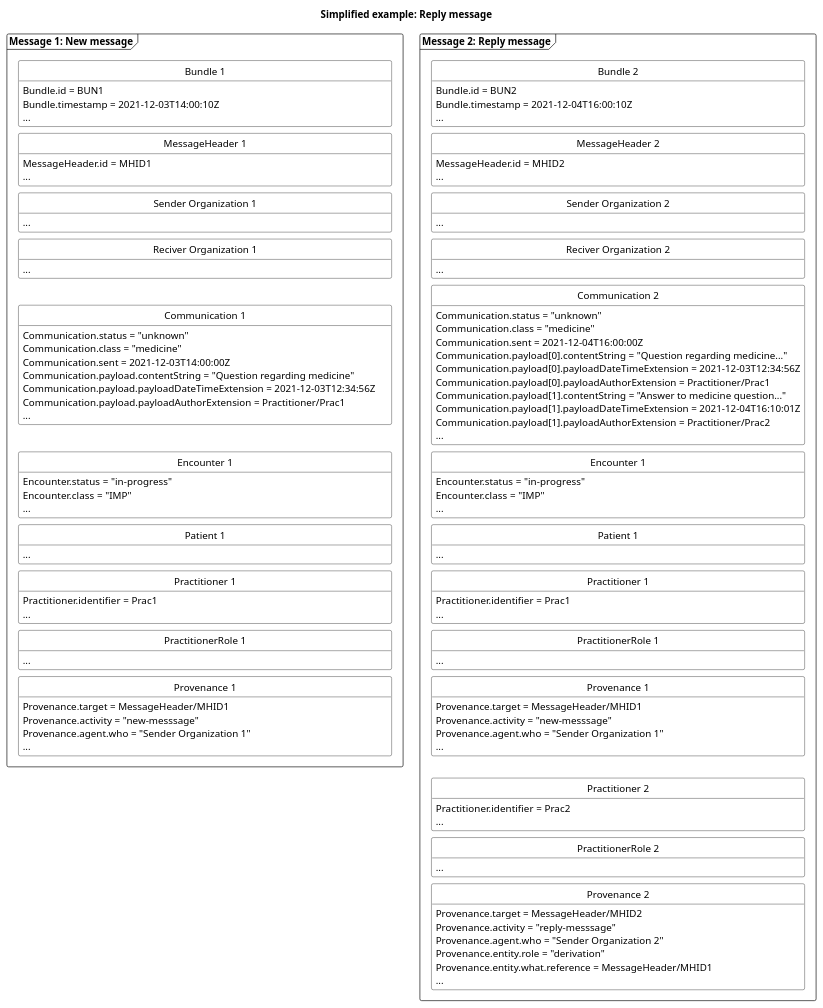
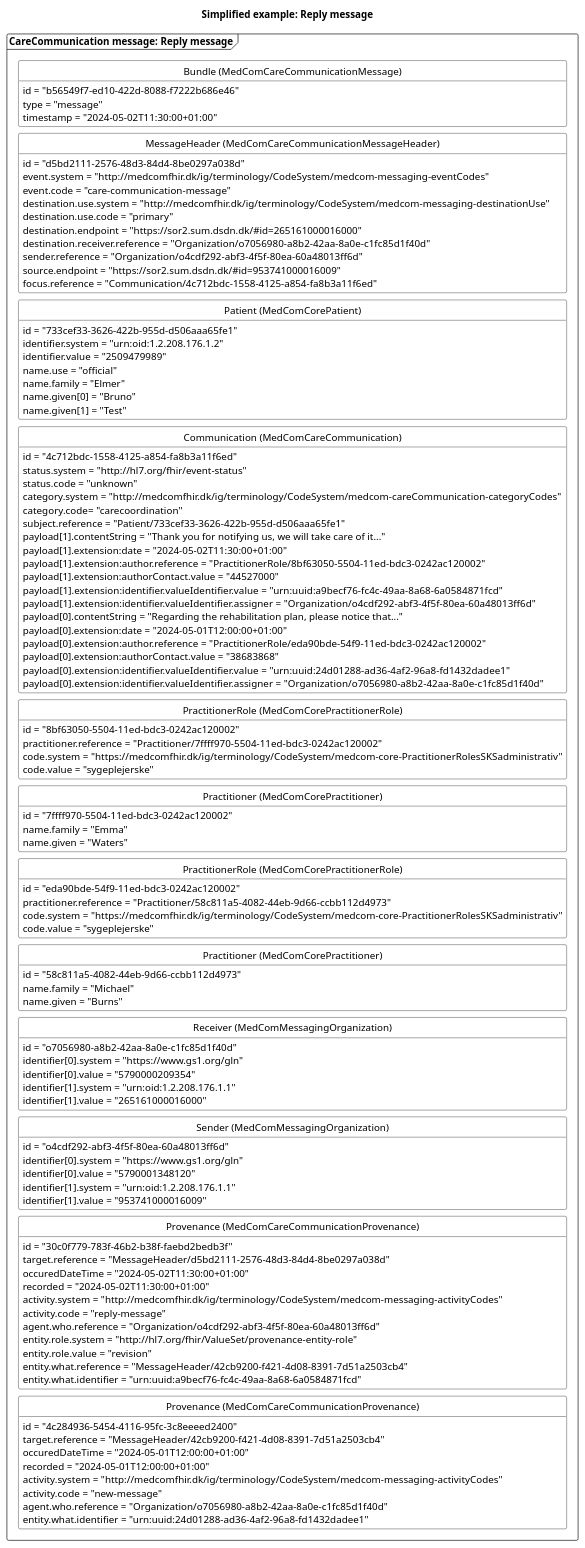
One commit to medcomdk/dk-medcom-carecommunication changed the diagram in puml/CareCommunicationReplyMessage.puml. Above: the diagram before and after it, drawn with PlantUML. The commit also changed other lines of this file and 83 other files, not shown here.

Commit message:
Githubpagesmaster update of material to CareCommunication and ConversionService (#152)

```diff
--- a/puml/CareCommunicationReplyMessage.puml
+++ b/puml/CareCommunicationReplyMessage.puml
@@ -1,167 +1,139 @@
-@startuml CCReplyMessage
+@startuml CCreplyMessage
 
 'layout
 skinparam class {
     BackgroundColor White
     BorderColor Black
     ArrowColor Black
   }
 hide circle
 hide empty members
 skinparam SameClassWidth true
 skinparam Ranksep 10
 
 
 'title
 title Simplified example: Reply message
 
-'Message 1: New message
-package "Message 1: New message" as new <<Frame>>{
-    class "Bundle 1" as newB {
-        Bundle.id = BUN1
-        Bundle.timestamp = 2021-12-03T14:00:10Z
-        ...
+'Message 1: reply message
+package "CareCommunication message: Reply message" as reply <<Frame>>{
+    class "Bundle (MedComCareCommunicationMessage)" as replyB {
+        id = "b56549f7-ed10-422d-8088-f7222b686e46"
+        type = "message"
+        timestamp = "2024-05-02T11:30:00+01:00"
     }
-    class "MessageHeader 1" as newMH{
-        MessageHeader.id = MHID1
-        ...
+    class "MessageHeader (MedComCareCommunicationMessageHeader)" as replyMH{
+        id = "d5bd2111-2576-48d3-84d4-8be0297a038d"
+        event.system = "http://medcomfhir.dk/ig/terminology/CodeSystem/medcom-messaging-eventCodes"
+        event.code = "care-communication-message"
+        destination.use.system = "http://medcomfhir.dk/ig/terminology/CodeSystem/medcom-messaging-destinationUse"
+        destination.use.code = "primary"
+        destination.endpoint = "https://sor2.sum.dsdn.dk/#id=265161000016000"
+        destination.receiver.reference = "Organization/o7056980-a8b2-42aa-8a0e-c1fc85d1f40d"
+        sender.reference = "Organization/o4cdf292-abf3-4f5f-80ea-60a48013ff6d"
+        source.endpoint = "https://sor2.sum.dsdn.dk/#id=953741000016009"
+        focus.reference = "Communication/4c712bdc-1558-4125-a854-fa8b3a11f6ed"
     }
-    class "Sender Organization 1" as newSOrg{
-        ...
+    class "Patient (MedComCorePatient)" as replyPT{
+        id = "733cef33-3626-422b-955d-d506aaa65fe1"
+        identifier.system = "urn:oid:1.2.208.176.1.2"
+        identifier.value = "2509479989"
+        name.use = "official"
+        name.family = "Elmer"
+        name.given[0] = "Bruno"
+        name.given[1] = "Test"
     }
-    class "Reciver Organization 1" as newROrg{
-        ...
+    class "Communication (MedComCareCommunication)" as replyCom{
+        id = "4c712bdc-1558-4125-a854-fa8b3a11f6ed"
+        status.system = "http://hl7.org/fhir/event-status" 
+        status.code = "unknown"
+        category.system = "http://medcomfhir.dk/ig/terminology/CodeSystem/medcom-careCommunication-categoryCodes"
+        category.code= "carecoordination"
+        subject.reference = "Patient/733cef33-3626-422b-955d-d506aaa65fe1"
+        payload[1].contentString = "Thank you for notifying us, we will take care of it..."
+        payload[1].extension:date = "2024-05-02T11:30:00+01:00"
+        payload[1].extension:author.reference = "PractitionerRole/8bf63050-5504-11ed-bdc3-0242ac120002"
+        payload[1].extension:authorContact.value = "44527000"
+        payload[1].extension:identifier.valueIdentifier.value = "urn:uuid:a9becf76-fc4c-49aa-8a68-6a0584871fcd"
+        payload[1].extension:identifier.valueIdentifier.assigner = "Organization/o4cdf292-abf3-4f5f-80ea-60a48013ff6d"
+        payload[0].contentString = "Regarding the rehabilitation plan, please notice that..."
+        payload[0].extension:date = "2024-05-01T12:00:00+01:00"
+        payload[0].extension:author.reference = "PractitionerRole/eda90bde-54f9-11ed-bdc3-0242ac120002"
+        payload[0].extension:authorContact.value = "38683868"
+        payload[0].extension:identifier.valueIdentifier.value = "urn:uuid:24d01288-ad36-4af2-96a8-fd1432dadee1"
+        payload[0].extension:identifier.valueIdentifier.assigner = "Organization/o7056980-a8b2-42aa-8a0e-c1fc85d1f40d"
+    } 
+    class "PractitionerRole (MedComCorePractitionerRole)" as replyPracR{
+        id = "8bf63050-5504-11ed-bdc3-0242ac120002"
+        practitioner.reference = "Practitioner/7ffff970-5504-11ed-bdc3-0242ac120002"
+        code.system = "https://medcomfhir.dk/ig/terminology/CodeSystem/medcom-core-PractitionerRolesSKSadministrativ"
+        code.value = "sygeplejerske"
     }
-    class "Communication 1" as newCom{
-        Communication.status = "unknown"
-        Communication.class = "medicine"
-        Communication.sent = 2021-12-03T14:00:00Z        
-        Communication.payload.contentString = "Question regarding medicine"
-        Communication.payload.payloadDateTimeExtension = 2021-12-03T12:34:56Z
-        Communication.payload.payloadAuthorExtension = Practitioner/Prac1
-        ...
+    class "Practitioner (MedComCorePractitioner)" as replyPrac{
+        id = "7ffff970-5504-11ed-bdc3-0242ac120002"
+        name.family = "Emma"
+        name.given = "Waters"
     }
-    class "Encounter 1" as newENC{
-        Encounter.status = "in-progress"
-        Encounter.class = "IMP"
-        ...
+    class "PractitionerRole (MedComCorePractitionerRole)" as newPracR{
+        id = "eda90bde-54f9-11ed-bdc3-0242ac120002"
+        practitioner.reference = "Practitioner/58c811a5-4082-44eb-9d66-ccbb112d4973"
+        code.system = "https://medcomfhir.dk/ig/terminology/CodeSystem/medcom-core-PractitionerRolesSKSadministrativ"
+        code.value = "sygeplejerske"
     }
-    class "Patient 1" as newPT{
-        ...
+    class "Practitioner (MedComCorePractitioner)" as newPrac{
+        id = "58c811a5-4082-44eb-9d66-ccbb112d4973"
+        name.family = "Michael"
+        name.given = "Burns"
     }
-    class "Practitioner 1" as newPrac{
-        Practitioner.identifier = Prac1
-        ...
+    class "Sender (MedComMessagingOrganization)" as replySOrg{
+        id = "o4cdf292-abf3-4f5f-80ea-60a48013ff6d"
+        identifier[0].system = "https://www.gs1.org/gln"
+        identifier[0].value = "5790001348120"
+        identifier[1].system = "urn:oid:1.2.208.176.1.1"
+        identifier[1].value = "953741000016009"
     }
-    class "PractitionerRole 1" as newPracR{
-        ...
+    class "Receiver (MedComMessagingOrganization)" as replyROrg{
+        id = "o7056980-a8b2-42aa-8a0e-c1fc85d1f40d"
+        identifier[0].system = "https://www.gs1.org/gln"
+        identifier[0].value = "5790000209354"
+        identifier[1].system = "urn:oid:1.2.208.176.1.1"
+        identifier[1].value = "265161000016000"
     }
-    class "Provenance 1" as newPRO{
-        Provenance.target = MessageHeader/MHID1
-        Provenance.activity = "new-messsage"
-        Provenance.agent.who = "Sender Organization 1"
-        ...
+    class "Provenance (MedComCareCommunicationProvenance)" as replyPRO{
+        id = "30c0f779-783f-46b2-b38f-faebd2bedb3f"
+        target.reference = "MessageHeader/d5bd2111-2576-48d3-84d4-8be0297a038d"
+        occuredDateTime = "2024-05-02T11:30:00+01:00"
+        recorded = "2024-05-02T11:30:00+01:00"
+        activity.system = "http://medcomfhir.dk/ig/terminology/CodeSystem/medcom-messaging-activityCodes"
+        activity.code = "reply-message"
+        agent.who.reference = "Organization/o4cdf292-abf3-4f5f-80ea-60a48013ff6d"
+        entity.role.system = "http://hl7.org/fhir/ValueSet/provenance-entity-role"
+        entity.role.value = "revision"
+        entity.what.reference = "MessageHeader/42cb9200-f421-4d08-8391-7d51a2503cb4"
+        entity.what.identifier = "urn:uuid:a9becf76-fc4c-49aa-8a68-6a0584871fcd"
     }
-
-newB -[hidden]- newMH
-newMH -[hidden]- newSOrg
-newSOrg-[hidden]-newROrg
-newROrg-[hidden]-newCom
-newCom -[hidden]- newENC
-newENC-[hidden]-newPT
-newPT-[hidden]-newPrac
-newPrac-[hidden]-newPracR
-newPracR-[hidden]-newPRO
-
-
-
-}
-
-'Message 2: reply inpatient
-package "Message 2: Reply message" as reply <<Frame>>{
-    class "Bundle 2" as replyB {
-        Bundle.id = BUN2
-        Bundle.timestamp = 2021-12-04T16:00:10Z
-        ...
-    }
-    class "MessageHeader 2" as replyMH{
-        MessageHeader.id = MHID2
-        ...
-    }
-    class "Sender Organization 2" as replySOrg{
-        ...
-    }
-    class "Reciver Organization 2" as replyROrg{
-        ...
-    }
-    class "Communication 2" as newreplyCom{
-        Communication.status = "unknown"
-        Communication.class = "medicine"
-        Communication.sent = 2021-12-04T16:00:00Z
-        Communication.payload[0].contentString = "Question regarding medicine..."
-        Communication.payload[0].payloadDateTimeExtension = 2021-12-03T12:34:56Z
-        Communication.payload[0].payloadAuthorExtension = Practitioner/Prac1
-        Communication.payload[1].contentString = "Answer to medicine question..."
-        Communication.payload[1].payloadDateTimeExtension = 2021-12-04T16:10:01Z
-        Communication.payload[1].payloadAuthorExtension = Practitioner/Prac2
-        ...
-    }
-    class "Encounter 1" as newreplyENC{
-        Encounter.status = "in-progress"
-        Encounter.class = "IMP"
-        ...
-    }
-    class "Patient 1" as newreplyPT{
-        ...
-    }
-    class "Practitioner 1" as newreplyPrac{
-        Practitioner.identifier = Prac1
-        ...
-    }
-    class "PractitionerRole 1" as newreplyPracR{
-        ...
-    }
-    class "Provenance 1" as newreplyPRO{
-        Provenance.target = MessageHeader/MHID1
-        Provenance.activity = "new-messsage"
-        Provenance.agent.who = "Sender Organization 1"
-        ...
-    }
-    class "Practitioner 2" as replyPrac{
-        Practitioner.identifier = Prac2
-        ...
-    }
-    class "PractitionerRole 2" as replyPracR{
-        ...
-    }    
-    class "Provenance 2" as replyPRO{
-        Provenance.target = MessageHeader/MHID2
-        Provenance.activity = "reply-messsage"
-        Provenance.agent.who = "Sender Organization 2"
-        Provenance.entity.role = "derivation"
-        Provenance.entity.what.reference = MessageHeader/MHID1
-        ...
+    class "Provenance (MedComCareCommunicationProvenance)" as newPRO{
+        id = "4c284936-5454-4116-95fc-3c8eeeed2400"
+        target.reference = "MessageHeader/42cb9200-f421-4d08-8391-7d51a2503cb4"
+        occuredDateTime = "2024-05-01T12:00:00+01:00"
+        recorded = "2024-05-01T12:00:00+01:00"
+        activity.system = "http://medcomfhir.dk/ig/terminology/CodeSystem/medcom-messaging-activityCodes"
+        activity.code = "new-message"
+        agent.who.reference = "Organization/o7056980-a8b2-42aa-8a0e-c1fc85d1f40d"
+        entity.what.identifier = "urn:uuid:24d01288-ad36-4af2-96a8-fd1432dadee1"
     }
 
 replyB -[hidden]- replyMH
-replyMH -[hidden]- replySOrg
-replySOrg-[hidden]-replyROrg
-replyROrg-[hidden]-newreplyCom
-newreplyCom -[hidden]- newreplyENC
-newreplyENC-[hidden]-newreplyPT
-newreplyPT-[hidden]-newreplyPrac
-newreplyPrac-[hidden]-newreplyPracR
-newreplyPracR-[hidden]-newreplyPRO
-newreplyPRO-[hidden]-replyPrac
-replyPrac-[hidden]-replyPracR
-replyPracR-[hidden]-replyPRO
-
-
-
-}
-
-' pile mellem de to beskeder
-' admit --> finished
+replyMH -[hidden]-replyPT
+replyPT-[hidden]-replyCom
+replyCom -[hidden]-replyPracR
+replyPracR-[hidden]-replyPrac
+replyPrac-[hidden]-newPracR
+newPracR-[hidden]-newPrac
+newPrac-[hidden]-replyROrg
+replyROrg-[hidden]- replySOrg
+replySOrg-[hidden]-replyPRO
+replyPRO-[hidden]-newPRO
 
 
 @enduml
```
